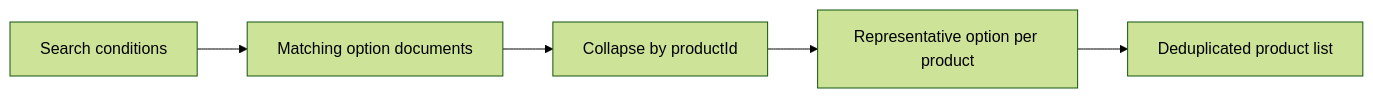
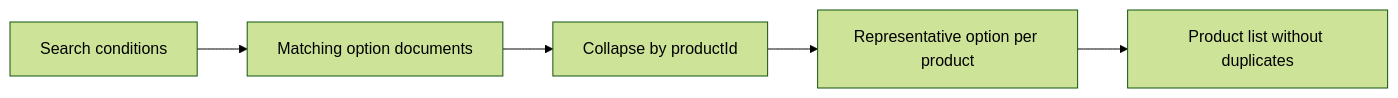
The diagram in docs/en/troubleshooting/search-pagination.md (K-MarkLee/musinsa_server), drawn with Mermaid (forest theme) before and after one commit. The commit also changed other lines of this file and 23 other files, not shown here.

````diff
--- a/docs/en/troubleshooting/search-pagination.md
+++ b/docs/en/troubleshooting/search-pagination.md
@@ -24,7 +20,7 @@
 ```mermaid
 flowchart LR
     A[Search conditions] --> B[Matching option documents]
     B --> C[Collapse by productId]
     C --> D[Representative option per product]
-    D --> E[Deduplicated product list]
+    D --> E[Product list without duplicates]
 ```
````
